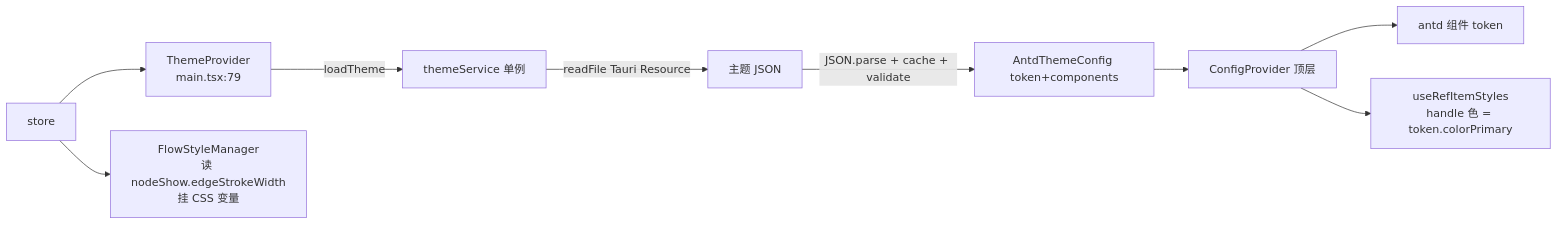
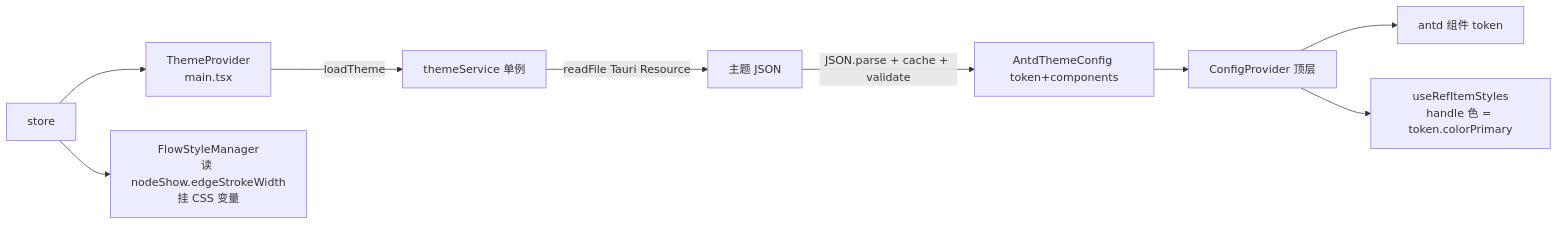
The diagram in cfgeditor/docs/09-cross-cutting.md (stallboy/cfggen), drawn with Mermaid before and after one commit. The commit also changed other lines of this file and 10 other files, not shown here.

````diff
--- a/cfgeditor/docs/09-cross-cutting.md
+++ b/cfgeditor/docs/09-cross-cutting.md
@@ -27,11 +19,11 @@
 ```mermaid
 flowchart LR
-    S[store] --> TP[ThemeProvider<br/>main.tsx:79]
+    S[store] --> TP[ThemeProvider<br/>main.tsx]
     S --> FSM[FlowStyleManager<br/>读 nodeShow.edgeStrokeWidth<br/>挂 CSS 变量]
     TP -->|loadTheme| TS[themeService 单例]
     TS -->|readFile Tauri Resource| F[主题 JSON]
     F -->|JSON.parse + cache + validate| TC[AntdThemeConfig token+components]
     TC --> CP[ConfigProvider 顶层]
     CP --> AC[antd 组件 token]
     CP --> URI["useRefItemStyles<br/>handle 色 = token.colorPrimary"]
 ```
````
